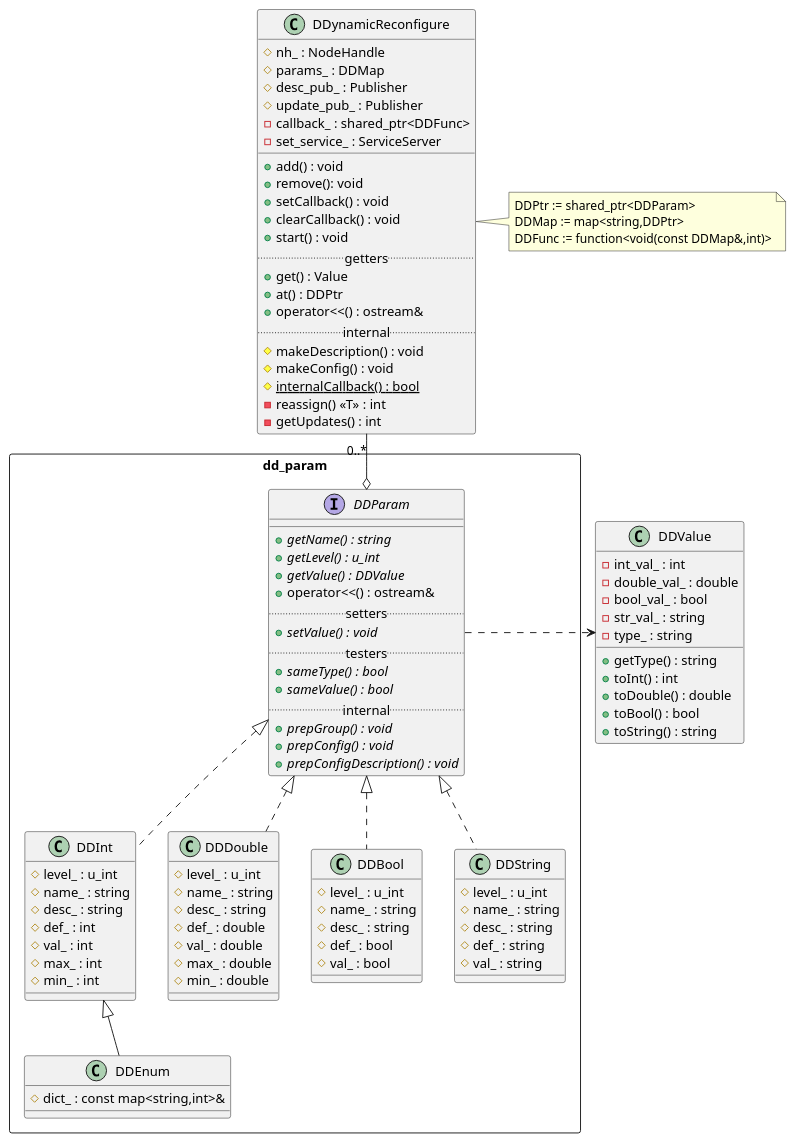
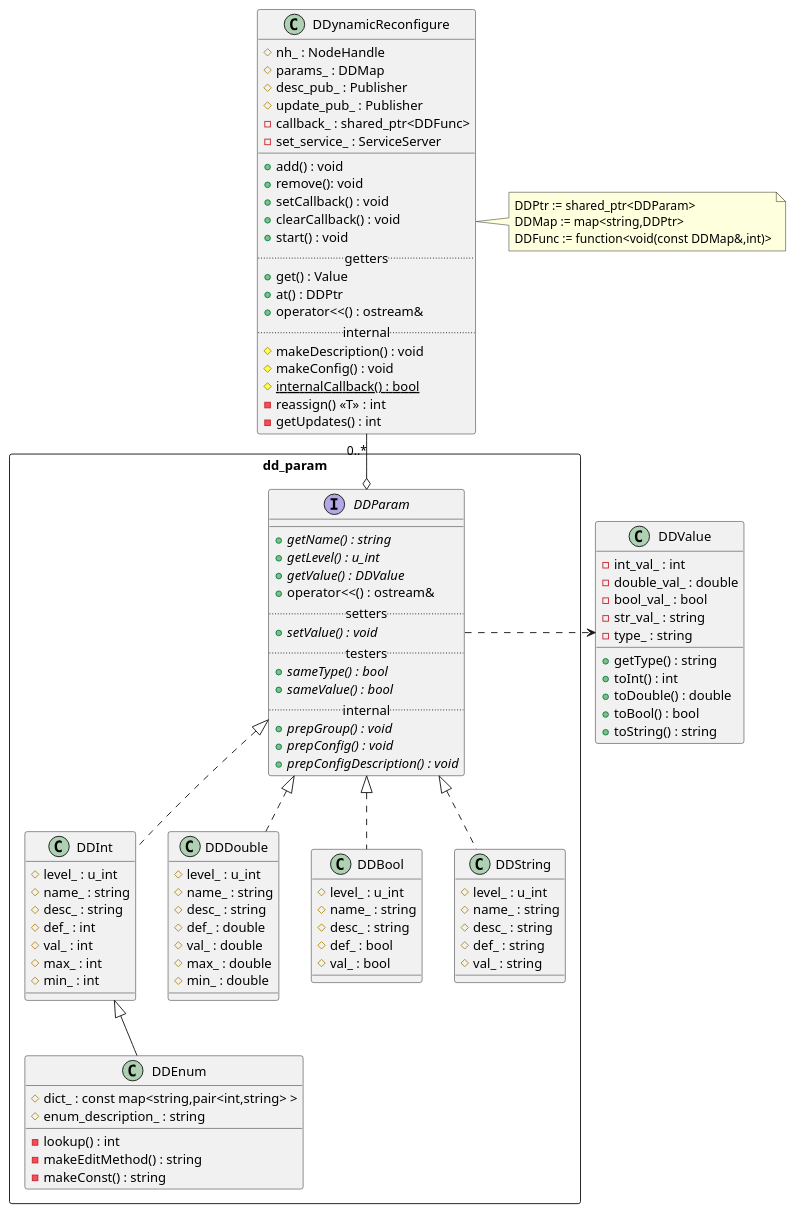
The diagram in uml/class_struct.puml (awesomebytes/ddynamic_reconfigure), drawn with PlantUML before and after one commit. The commit also changed 2 other files, not shown here.

Commit message:
enums now send their const and enum descriptions through the msg.

```diff
--- a/uml/class_struct.puml
+++ b/uml/class_struct.puml
@@ -1,100 +1,104 @@
 @startuml
 class DDynamicReconfigure {
     #nh_ : NodeHandle
     #params_ : DDMap
     #desc_pub_ : Publisher
     #update_pub_ : Publisher
     -callback_ : shared_ptr<DDFunc>
     -set_service_ : ServiceServer
     __
     +add() : void
     +remove(): void
     +setCallback() : void
     +clearCallback() : void
     +start() : void
     ..getters..
     +get() : Value
     +at() : DDPtr
     +operator<<() : ostream&
     ..internal..
     #makeDescription() : void
     #makeConfig() : void
     #{static} internalCallback() : bool
     -reassign() <<T>> : int
     -getUpdates() : int
 }
 note right: DDPtr := shared_ptr<DDParam>\nDDMap := map<string,DDPtr>\nDDFunc := function<void(const DDMap&,int)>
 class DDValue {
     -int_val_ : int
     -double_val_ : double
     -bool_val_ : bool
     -str_val_ : string
     -type_ : string
     +getType() : string
     +toInt() : int
     +toDouble() : double
     +toBool() : bool
     +toString() : string
 }
 package dd_param <<Rectangle>> {
     interface DDParam {
         __
         +{abstract} getName() : string
         +{abstract} getLevel() : u_int
         +{abstract} getValue() : DDValue
         +operator<<() : ostream&
         ..setters..
         +{abstract} setValue() : void
         ..testers..
         +{abstract} sameType() : bool
         +{abstract} sameValue() : bool
         ..internal..
         +{abstract} prepGroup() : void
         +{abstract} prepConfig() : void
         +{abstract} prepConfigDescription() : void
     }
     class DDInt {
         #level_ : u_int
         #name_ : string
         #desc_ : string
         #def_ : int
         #val_ : int
         #max_ : int
         #min_ : int
     }
     class DDDouble {
         #level_ : u_int
         #name_ : string
         #desc_ : string
         #def_ : double
         #val_ : double
         #max_ : double
         #min_ : double
     }
     class DDBool {
         #level_ : u_int
         #name_ : string
         #desc_ : string
         #def_ : bool
         #val_ : bool
     }
     class DDString {
         #level_ : u_int
         #name_ : string
         #desc_ : string
         #def_ : string
         #val_ : string
     }
     class DDEnum {
-      #dict_ : const map<string,int>&
+      #dict_ : const map<string,pair<int,string> >
+      #enum_description_ : string
+      -lookup() : int
+      -makeEditMethod() : string
+      -makeConst() : string
     }
 }
 
 DDParam .> DDValue
 DDInt .u.|> DDParam
 DDDouble .u.|> DDParam
 DDBool .u.|> DDParam
 DDString .u.|> DDParam
 DDEnum -u-|> DDInt
 DDynamicReconfigure "0..*" --o DDParam
 @enduml
```
